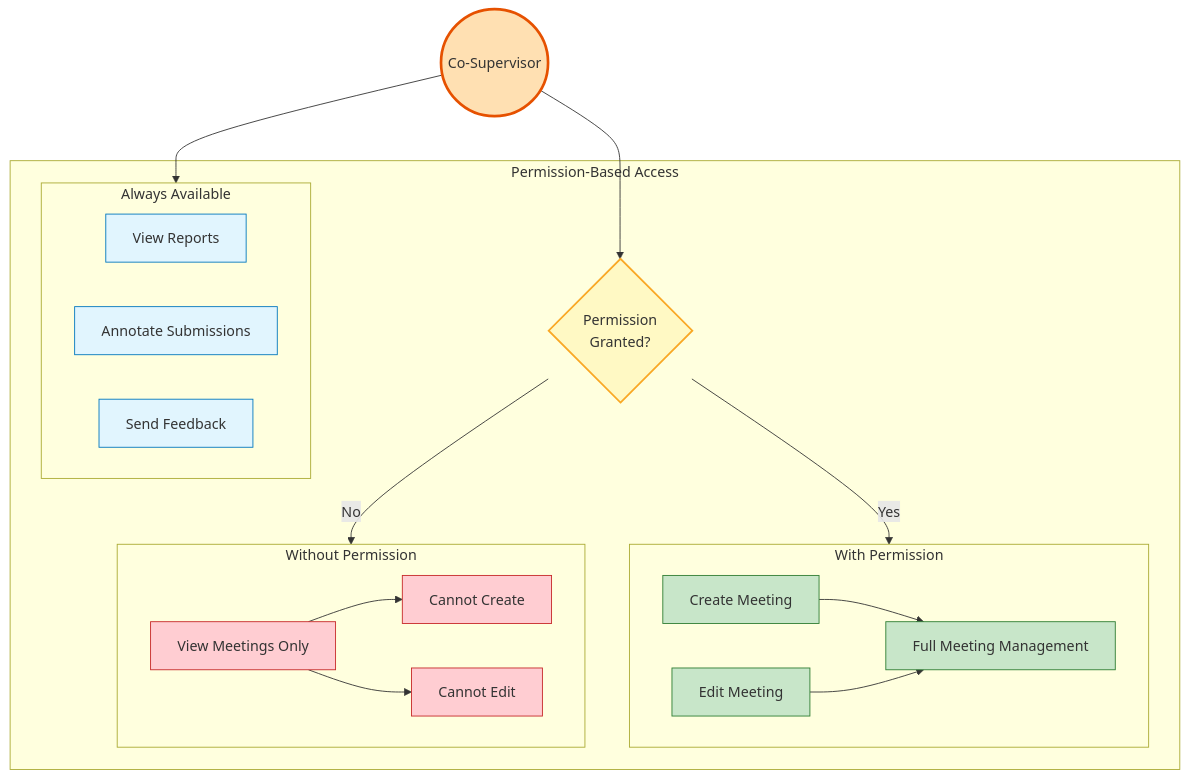
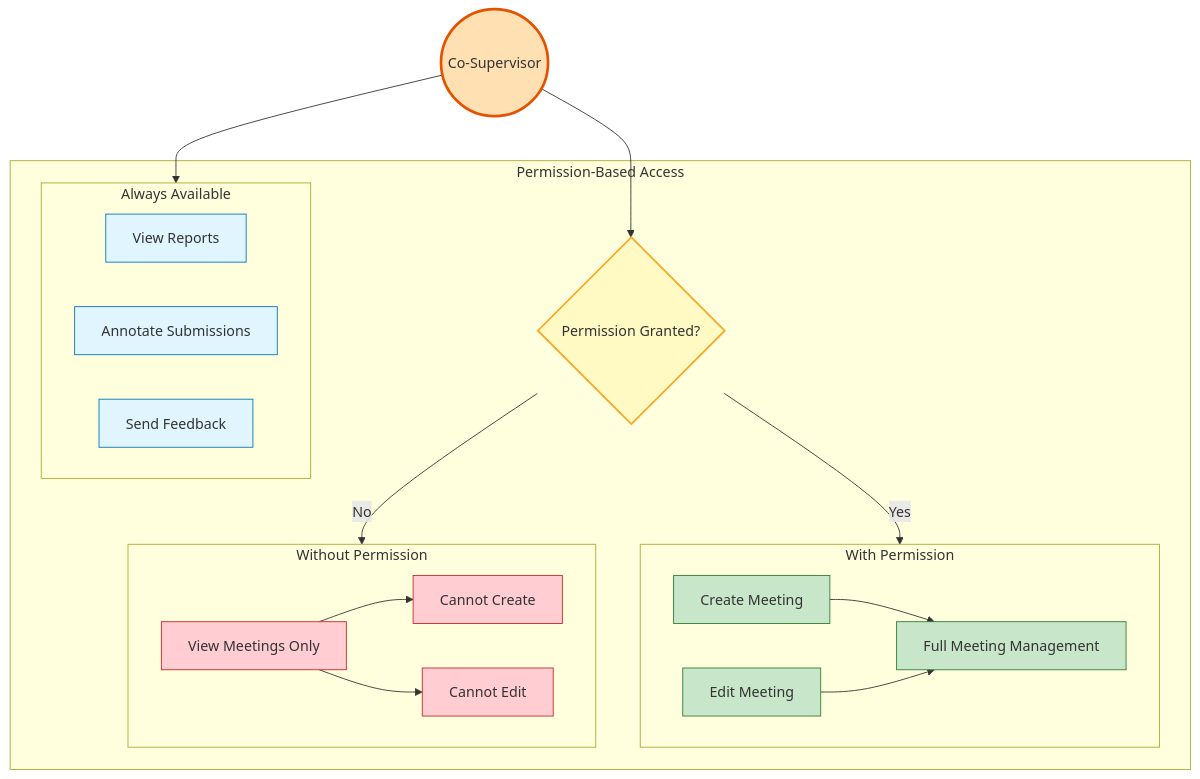
The fourth of 6 diagrams in documentation/roles/Co-Supervisor-use-case-diagram.md (abdullah2323442/thesisrepo-backup), drawn with Mermaid before and after one commit. The commit also changed other lines of this file and 5 other files, not shown here.

Commit message:
refactor(use-case-diagrams): Enhance readability of use case diagrams by simplifying text formatting across multiple roles

````diff
--- a/documentation/roles/Co-Supervisor-use-case-diagram.md
+++ b/documentation/roles/Co-Supervisor-use-case-diagram.md
@@ -157,53 +157,53 @@
 ```mermaid
 graph TD
     %% Actor
     CoSupervisor((Co-Supervisor))
     
     %% Permission Check Flow
     subgraph PermissionFlow["Permission-Based Access"]
-        CheckPerm{Permission<br/>Granted?}
+        CheckPerm{"Permission Granted?"}
         
         %% With Permission
         subgraph WithPerm["With Permission"]
             CreateMeet[Create Meeting]
             EditMeet[Edit Meeting]
             ManageMeet[Full Meeting Management]
             CreateMeet --> ManageMeet
             EditMeet --> ManageMeet
         end
         
         %% Without Permission
         subgraph WithoutPerm["Without Permission"]
             ViewOnly[View Meetings Only]
             NoCreate[Cannot Create]
             NoEdit[Cannot Edit]
             ViewOnly --> NoCreate
             ViewOnly --> NoEdit
         end
         
         %% Always Available
         subgraph AlwaysAvailable["Always Available"]
             ViewReports[View Reports]
             Annotate[Annotate Submissions]
             SendFeedback[Send Feedback]
         end
     end
     
     CoSupervisor --> CheckPerm
     CheckPerm -->|Yes| WithPerm
     CheckPerm -->|No| WithoutPerm
     CoSupervisor --> AlwaysAvailable
     
     %% Styling
     classDef actor fill:#ffe0b2,stroke:#e65100,stroke-width:3px
     classDef decision fill:#fff9c4,stroke:#f9a825,stroke-width:2px
     classDef allowed fill:#c8e6c9,stroke:#2e7d32,stroke-width:1px
     classDef restricted fill:#ffcdd2,stroke:#c62828,stroke-width:1px
     classDef always fill:#e1f5fe,stroke:#0277bd,stroke-width:1px
     
     class CoSupervisor actor
     class CheckPerm decision
     class CreateMeet,EditMeet,ManageMeet allowed
     class ViewOnly,NoCreate,NoEdit restricted
     class ViewReports,Annotate,SendFeedback always
 ```
````
